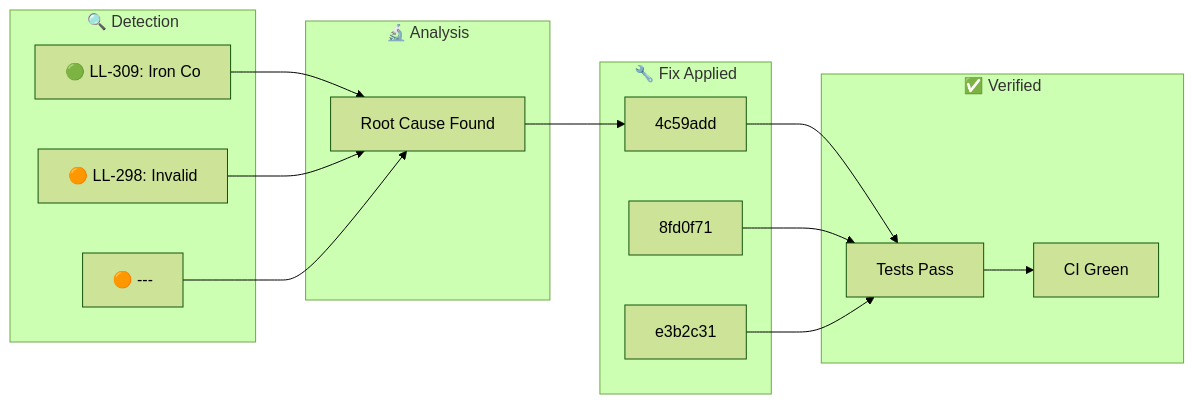
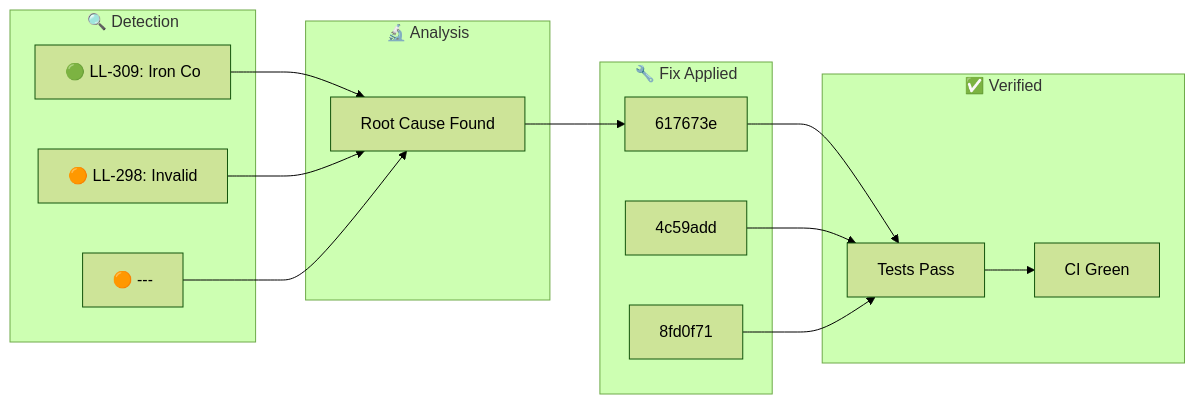
One commit to YoByron/trading changed the diagram in docs/_posts/2026-01-27-ralph-discovery.md. Above: the diagram before and after it, drawn with Mermaid (forest theme). The commit also changed other lines of this file, not shown here.

Commit message:
docs(ralph): Auto-publish discovery blog post

````diff
--- a/docs/_posts/2026-01-27-ralph-discovery.md
+++ b/docs/_posts/2026-01-27-ralph-discovery.md
@@ -17,28 +17,28 @@
 ```mermaid
 flowchart LR
     subgraph Detection["🔍 Detection"]
         D1["🟢 LL-309: Iron Co"]
         D2["🟠 LL-298: Invalid"]
         D3["🟠 ---"]
     end
     subgraph Analysis["🔬 Analysis"]
         A1["Root Cause Found"]
     end
     subgraph Fix["🔧 Fix Applied"]
-        F1["4c59add"]
-        F2["8fd0f71"]
-        F3["e3b2c31"]
+        F1["617673e"]
+        F2["4c59add"]
+        F3["8fd0f71"]
     end
     subgraph Verify["✅ Verified"]
         V1["Tests Pass"]
         V2["CI Green"]
     end
     D1 --> A1
     D2 --> A1
     D3 --> A1
     A1 --> F1
     F1 --> V1
     F2 --> V1
     F3 --> V1
     V1 --> V2
 ```
````
